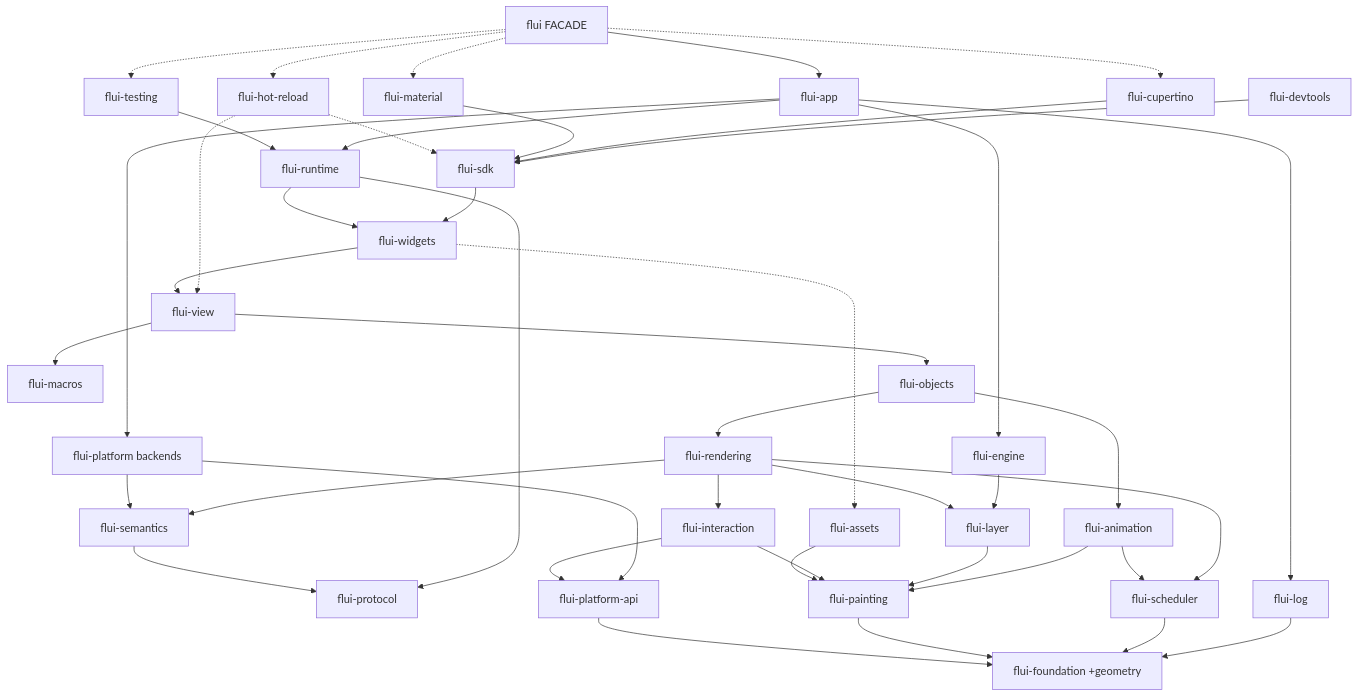
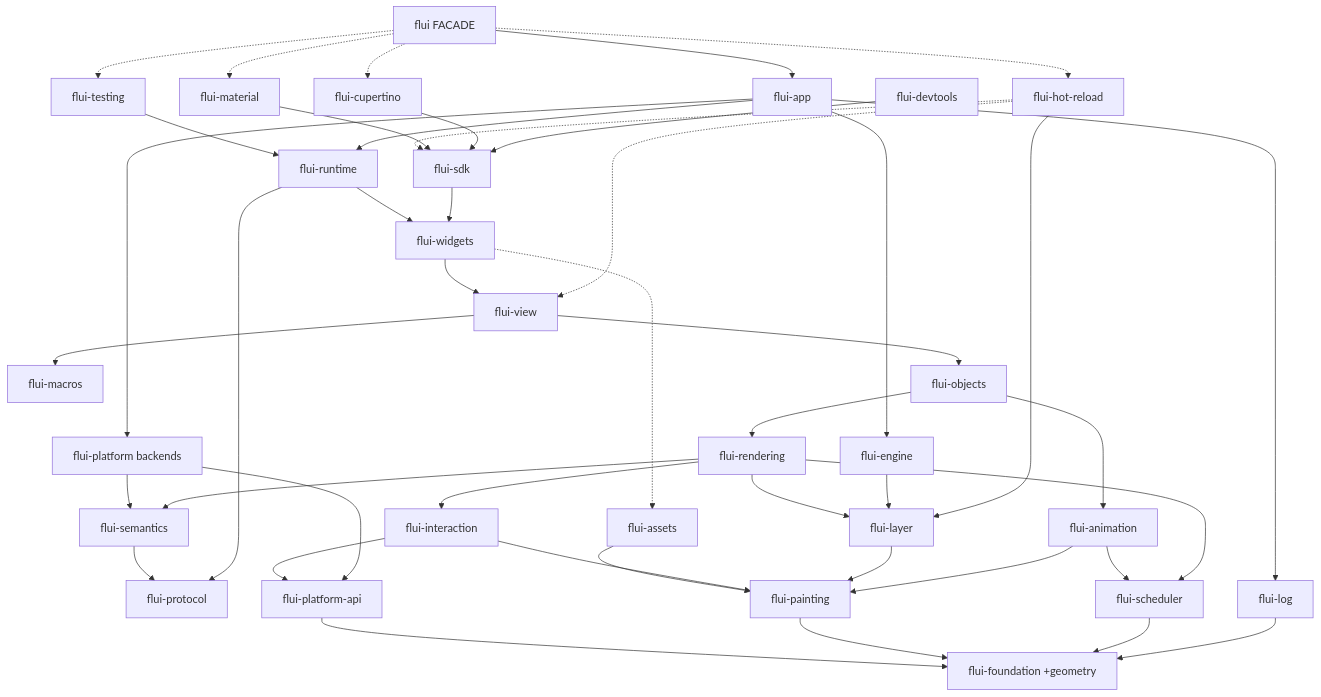
Before and after one commit to vanyastaff/flui: the diagram in docs/FOUNDATIONS.md, drawn with Mermaid. The commit also changed 2 other files, not shown here.

Commit message:
docs: address review: GestureRecognizer import, unsafe sites, hot-reload's layer edge

````diff
--- a/docs/FOUNDATIONS.md
+++ b/docs/FOUNDATIONS.md
@@ -166,73 +166,74 @@
 ```mermaid
 graph TD
     foundation[flui-foundation +geometry]
     macros[flui-macros]
     protocol[flui-protocol]
     platformapi[flui-platform-api]
     log[flui-log]
     scheduler[flui-scheduler]
     painting[flui-painting]
     interaction[flui-interaction]
     assets[flui-assets]
     semantics[flui-semantics]
     layer[flui-layer]
     animation[flui-animation]
     platform[flui-platform backends]
     rendering[flui-rendering]
     objects[flui-objects]
     engine[flui-engine]
     view[flui-view]
     widgets[flui-widgets]
     runtime[flui-runtime]
     sdk[flui-sdk]
     testing[flui-testing]
     hotreload[flui-hot-reload]
     material[flui-material]
     cupertino[flui-cupertino]
     devtools[flui-devtools]
     app[flui-app]
     facade[flui FACADE]
 
     platformapi --> foundation
     painting --> foundation
     scheduler --> foundation
     log --> foundation
     assets --> painting
     interaction --> painting
     interaction --> platformapi
     semantics --> protocol
     layer --> painting
     animation --> scheduler
     animation --> painting
     platform --> platformapi
     platform --> semantics
     rendering --> interaction
     rendering --> layer
     rendering --> semantics
     rendering --> scheduler
     objects --> rendering
     objects --> animation
     engine --> layer
     view --> objects
     view --> macros
     widgets --> view
     widgets -.-> assets
     runtime --> widgets
     runtime --> protocol
     sdk --> widgets
     testing --> runtime
+    hotreload --> layer
     hotreload -.-> view
     hotreload -.-> sdk
     material --> sdk
     cupertino --> sdk
     devtools --> sdk
     app --> runtime
     app --> engine
     app --> platform
     app --> log
     facade --> app
     facade -.-> material
     facade -.-> cupertino
     facade -.-> hotreload
     facade -.-> testing
 ```
````
